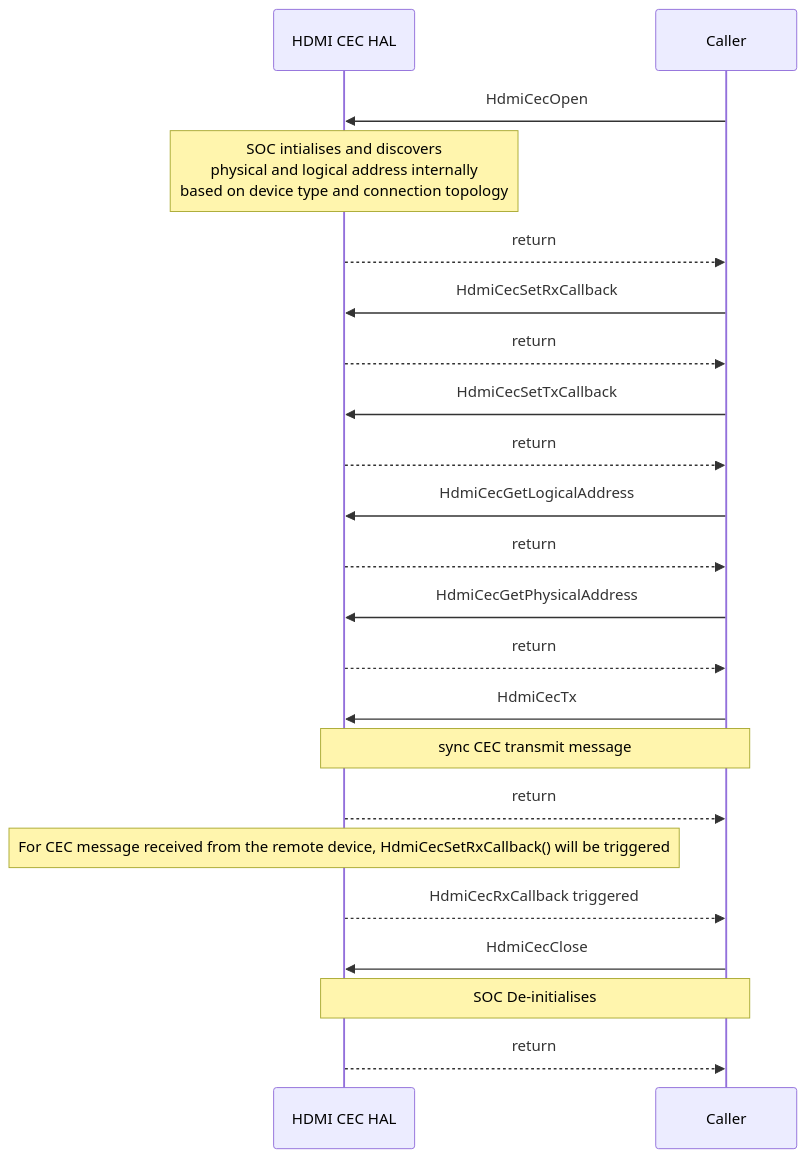
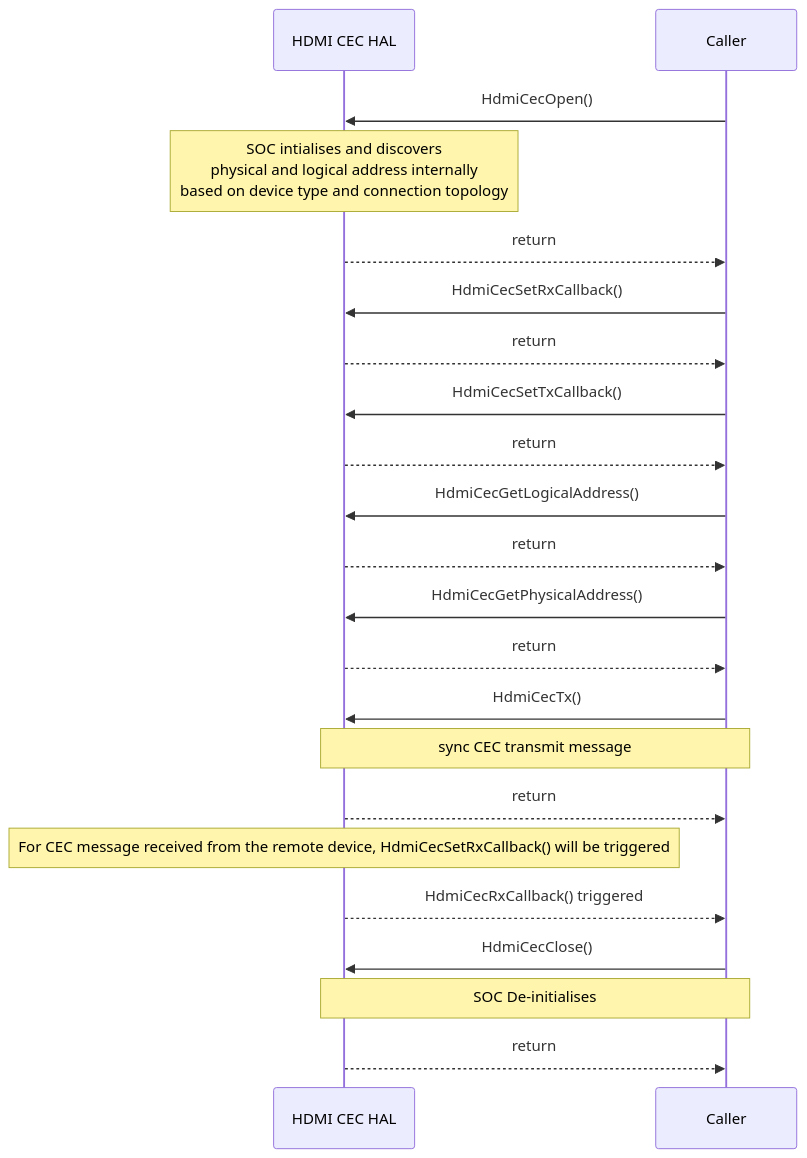
One commit to rdkcentral/rdk-halif-hdmi_cec changed the second of 2 diagrams in docs/pages/halSpec.md. Above: the diagram before and after it, drawn with Mermaid.

Commit message:
Update sequence diagram in halSpec.md

````diff
--- a/docs/pages/halSpec.md
+++ b/docs/pages/halSpec.md
@@ -172,24 +172,24 @@
 ```mermaid
 %%{ init : { "theme" : "default", "flowchart" : { "curve" : "stepBefore" }}}%%
    sequenceDiagram
     participant HAL as HDMI CEC HAL
-    Caller->>HAL:HdmiCecOpen
+    Caller->>HAL:HdmiCecOpen()
     Note over HAL: SOC intialises and discovers <br> physical and logical address internally <br> based on device type and connection topology
     HAL-->>Caller:return
-    Caller->>HAL:HdmiCecSetRxCallback
+    Caller->>HAL:HdmiCecSetRxCallback()
     HAL-->>Caller:return
-    Caller->>HAL:HdmiCecSetTxCallback
+    Caller->>HAL:HdmiCecSetTxCallback()
     HAL-->>Caller:return
-    Caller ->>HAL:HdmiCecGetLogicalAddress
+    Caller ->>HAL:HdmiCecGetLogicalAddress()
     HAL-->>Caller:return
-    Caller ->>HAL:HdmiCecGetPhysicalAddress
+    Caller ->>HAL:HdmiCecGetPhysicalAddress()
     HAL-->>Caller:return
-    Caller ->>HAL:HdmiCecTx
+    Caller ->>HAL:HdmiCecTx()
     Note over Caller,HAL: sync CEC transmit message
     HAL-->>Caller:return
     Note over HAL: For CEC message received from the remote device, HdmiCecSetRxCallback() will be triggered
-    HAL-->>Caller:HdmiCecRxCallback triggered
-    Caller ->>HAL:HdmiCecClose
+    HAL-->>Caller:HdmiCecRxCallback() triggered
+    Caller ->>HAL:HdmiCecClose()
     Note over Caller,HAL: SOC De-initialises 
     HAL-->>Caller:return
  ```
````
